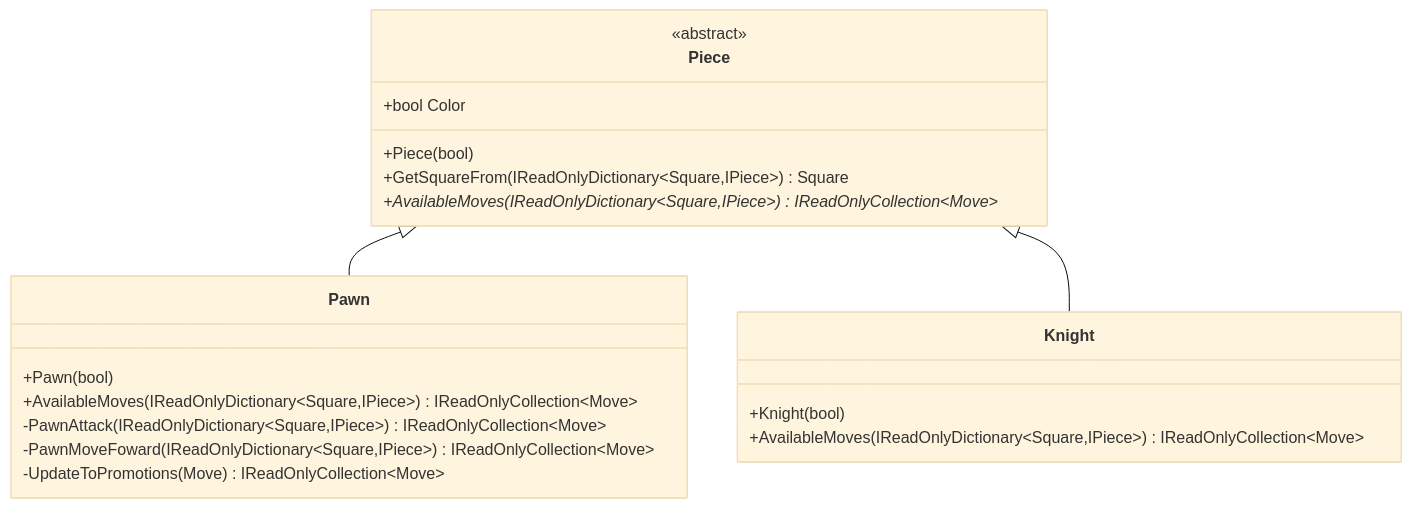
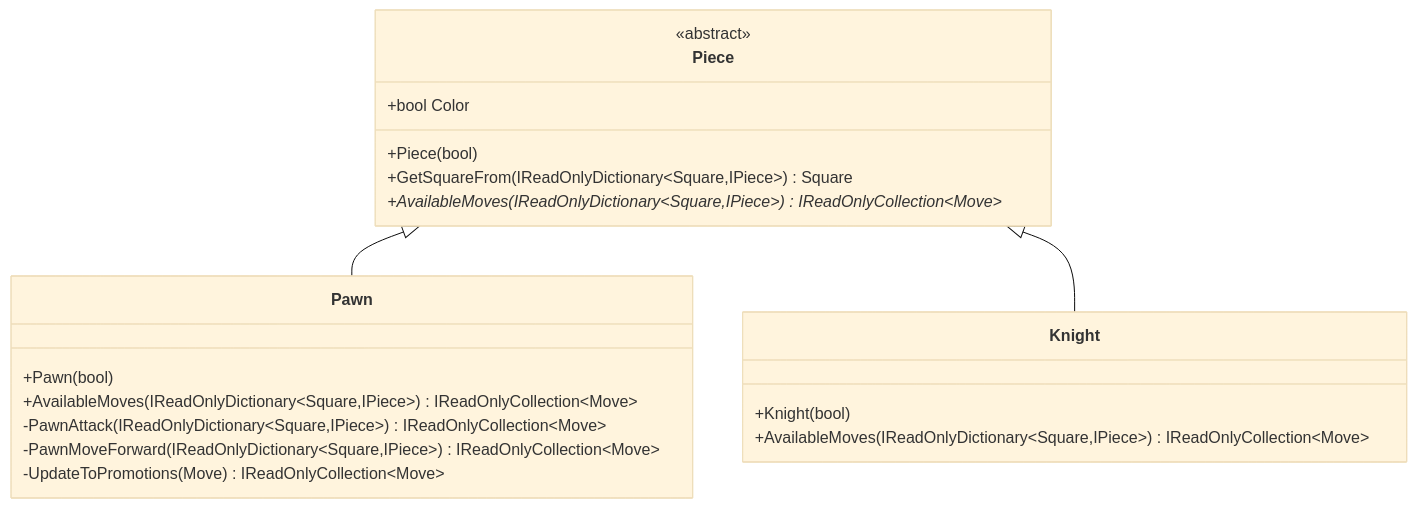
The second of 4 diagrams in UML Diagram/Core/Pieces.md (JeanLColombo/Mate), drawn with Mermaid (base theme) before and after one commit. The commit also changed 10 other files, not shown here.

````diff
--- a/UML Diagram/Core/Pieces.md
+++ b/UML Diagram/Core/Pieces.md
@@ -17,23 +17,23 @@
 ```mermaid
     classDiagram
     class Piece{
         <<abstract>>
         +bool Color
         +Piece(bool)
         +GetSquareFrom(IReadOnlyDictionary~Square,IPiece~) Square
         +AvailableMoves(IReadOnlyDictionary~Square,IPiece~)* IReadOnlyCollection~Move~  
     }
     class Pawn{
         +Pawn(bool)
         +AvailableMoves(IReadOnlyDictionary~Square,IPiece~) IReadOnlyCollection~Move~
         -PawnAttack(IReadOnlyDictionary~Square,IPiece~) IReadOnlyCollection~Move~
-        -PawnMoveFoward(IReadOnlyDictionary~Square,IPiece~) IReadOnlyCollection~Move~
+        -PawnMoveForward(IReadOnlyDictionary~Square,IPiece~) IReadOnlyCollection~Move~
         -UpdateToPromotions(Move) IReadOnlyCollection~Move~
     }
     class Knight{
         +Knight(bool)
         +AvailableMoves(IReadOnlyDictionary~Square,IPiece~) IReadOnlyCollection~Move~
     }
     Piece <|-- Pawn
     Piece <|-- Knight
 ```
````
